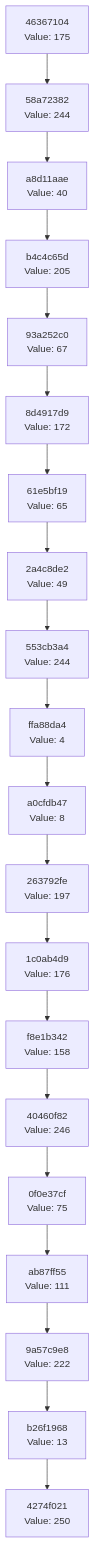
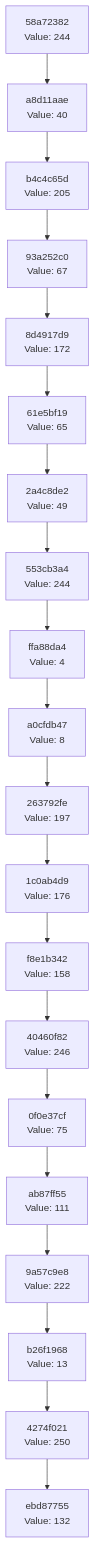
The diagram in docs/CHAIN_VISUALIZATION.md (Abhisheksinha1506/hash-chain-evolver), drawn with Mermaid before and after one commit. The commit also changed 3 other files, not shown here.

````diff
--- a/docs/CHAIN_VISUALIZATION.md
+++ b/docs/CHAIN_VISUALIZATION.md
@@ -3,42 +3,42 @@
 ```mermaid
 graph TD
-    C0["4274f021<br/>Value: 250"]
-    C1["b26f1968<br/>Value: 13"]
+    C0["ebd87755<br/>Value: 132"]
+    C1["4274f021<br/>Value: 250"]
     C1 --> C0
-    C2["9a57c9e8<br/>Value: 222"]
+    C2["b26f1968<br/>Value: 13"]
     C2 --> C1
-    C3["ab87ff55<br/>Value: 111"]
+    C3["9a57c9e8<br/>Value: 222"]
     C3 --> C2
-    C4["0f0e37cf<br/>Value: 75"]
+    C4["ab87ff55<br/>Value: 111"]
     C4 --> C3
-    C5["40460f82<br/>Value: 246"]
+    C5["0f0e37cf<br/>Value: 75"]
     C5 --> C4
-    C6["f8e1b342<br/>Value: 158"]
+    C6["40460f82<br/>Value: 246"]
     C6 --> C5
-    C7["1c0ab4d9<br/>Value: 176"]
+    C7["f8e1b342<br/>Value: 158"]
     C7 --> C6
-    C8["263792fe<br/>Value: 197"]
+    C8["1c0ab4d9<br/>Value: 176"]
     C8 --> C7
-    C9["a0cfdb47<br/>Value: 8"]
+    C9["263792fe<br/>Value: 197"]
     C9 --> C8
-    C10["ffa88da4<br/>Value: 4"]
+    C10["a0cfdb47<br/>Value: 8"]
     C10 --> C9
-    C11["553cb3a4<br/>Value: 244"]
+    C11["ffa88da4<br/>Value: 4"]
     C11 --> C10
-    C12["2a4c8de2<br/>Value: 49"]
+    C12["553cb3a4<br/>Value: 244"]
     C12 --> C11
-    C13["61e5bf19<br/>Value: 65"]
+    C13["2a4c8de2<br/>Value: 49"]
     C13 --> C12
-    C14["8d4917d9<br/>Value: 172"]
+    C14["61e5bf19<br/>Value: 65"]
     C14 --> C13
-    C15["93a252c0<br/>Value: 67"]
+    C15["8d4917d9<br/>Value: 172"]
     C15 --> C14
-    C16["b4c4c65d<br/>Value: 205"]
+    C16["93a252c0<br/>Value: 67"]
     C16 --> C15
-    C17["a8d11aae<br/>Value: 40"]
+    C17["b4c4c65d<br/>Value: 205"]
     C17 --> C16
-    C18["58a72382<br/>Value: 244"]
+    C18["a8d11aae<br/>Value: 40"]
     C18 --> C17
-    C19["46367104<br/>Value: 175"]
+    C19["58a72382<br/>Value: 244"]
     C19 --> C18
 ```
````
